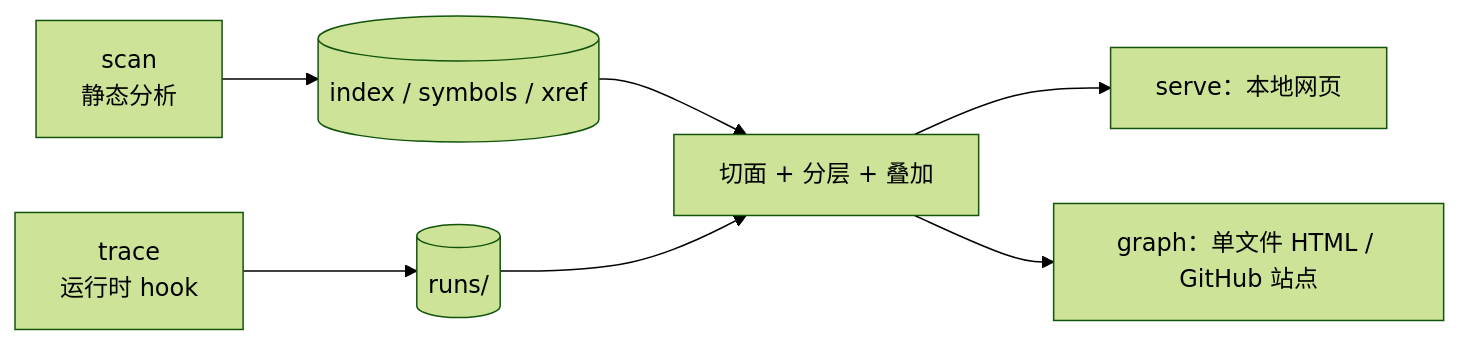
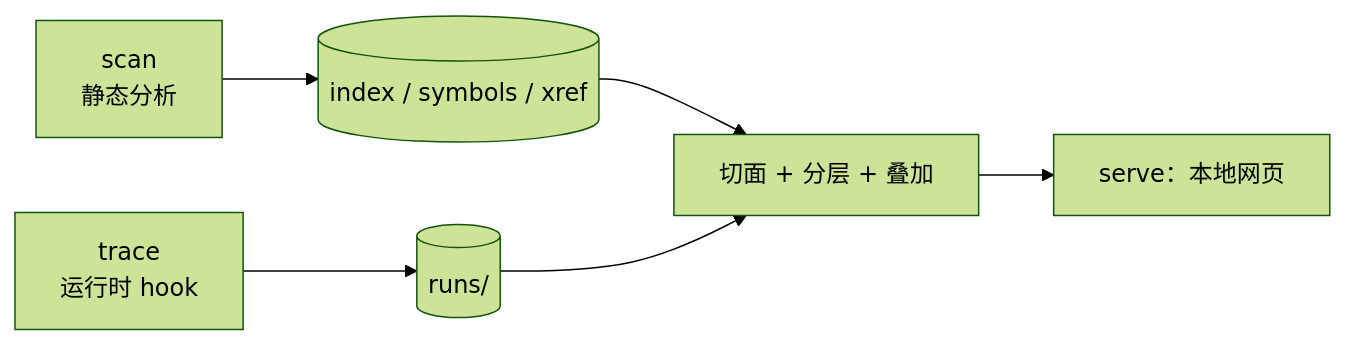
Before and after one commit to noviorlu/codestrata: the diagram in README.md, drawn with Mermaid (forest theme). The commit also changed other lines of this file and 19 other files, not shown here.

First line of the commit message:
Remove export and sharing (graph command, single-file HTML, static site, --public)

````diff
--- a/README.md
+++ b/README.md
@@ -107,9 +106,8 @@
 ```mermaid
 flowchart LR
   S["scan<br/>静态分析"] --> I[("index / symbols / xref")]
   T["trace<br/>运行时 hook"] --> R[("runs/")]
   I --> P["切面 + 分层 + 叠加"]
   R --> P
   P --> V["serve：本地网页"]
-  P --> E["graph：单文件 HTML / GitHub 站点"]
 ```
````
